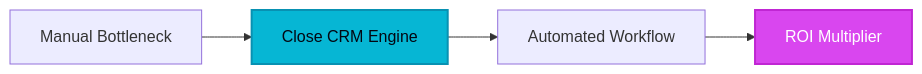
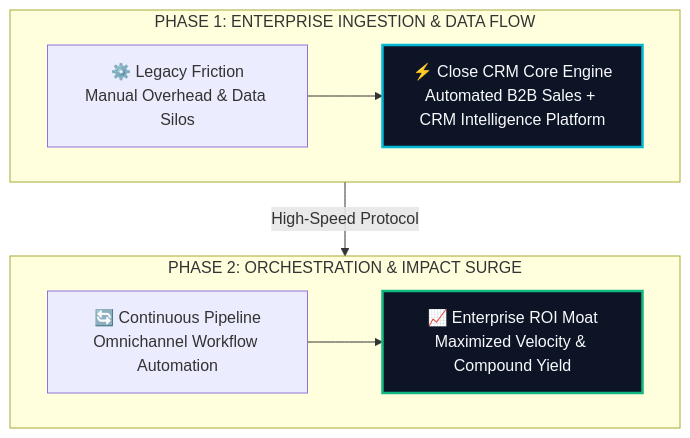
One commit to heliatech-media/saas-radar changed the diagram in site/src/content/blog/close-crm-evolution-guide-2026.md. Above: the diagram before and after it, drawn with Mermaid. The commit also changed 97 other files, not shown here.

First line of the commit message:
feat(diagrams): upgrade all article architecture schemas to high-impact 2-tier responsive vector blueprints

````diff
--- a/site/src/content/blog/close-crm-evolution-guide-2026.md
+++ b/site/src/content/blog/close-crm-evolution-guide-2026.md
@@ -49,8 +49,14 @@
 ```mermaid
-flowchart LR
-    A[Manual Bottleneck] --> B[Close CRM Engine]
-    B --> C[Automated Workflow]
-    C --> D[ROI Multiplier]
-    style B fill:#06b6d4,stroke:#0891b2,stroke-width:2px,color:#030712
-    style D fill:#d946ef,stroke:#c026d3,stroke-width:2px,color:#ffffff
+flowchart TD
+    subgraph S1["PHASE 1: ENTERPRISE INGESTION & DATA FLOW"]
+        direction LR
+        A["⚙️ Legacy Friction<br/>Manual Overhead & Data Silos"] --> B["⚡ Close CRM Core Engine<br/>Automated B2B Sales + CRM Intelligence Platform"]
+    end
+    subgraph S2["PHASE 2: ORCHESTRATION & IMPACT SURGE"]
+        direction LR
+        C["🔄 Continuous Pipeline<br/>Omnichannel Workflow Automation"] --> D["📈 Enterprise ROI Moat<br/>Maximized Velocity & Compound Yield"]
+    end
+    S1 -->|High-Speed Protocol| S2
+    style B fill:#0c1425,stroke:#06b6d4,stroke-width:2.5px,color:#f8fafc
+    style D fill:#0c1425,stroke:#10b981,stroke-width:2.5px,color:#f8fafc
 ```
````
